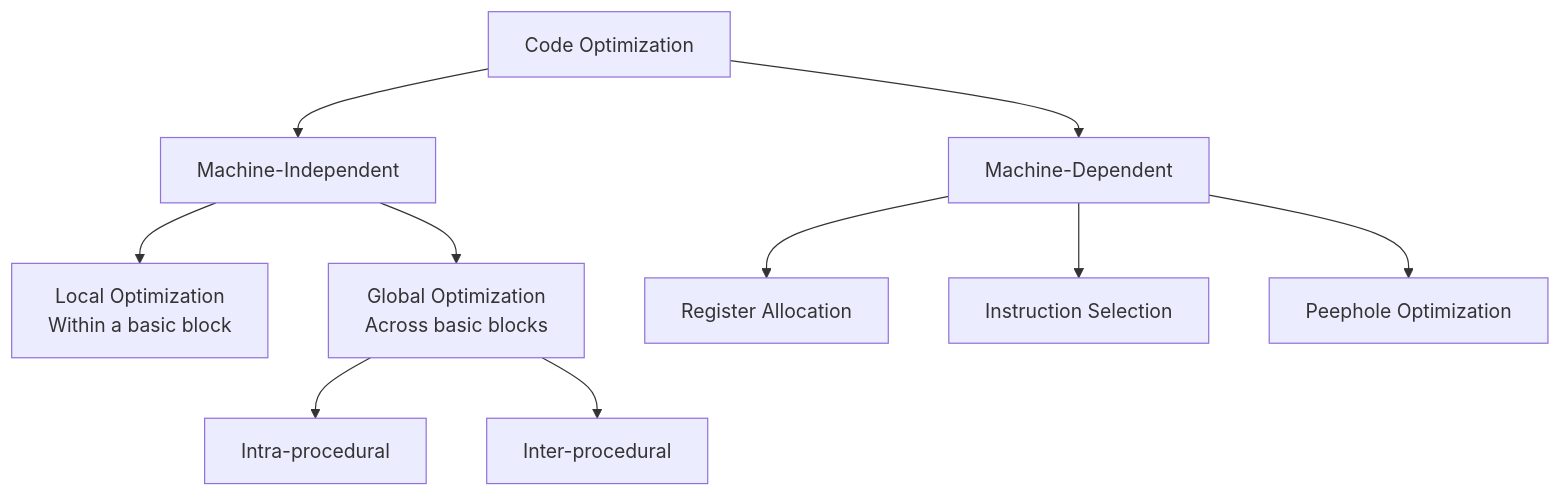
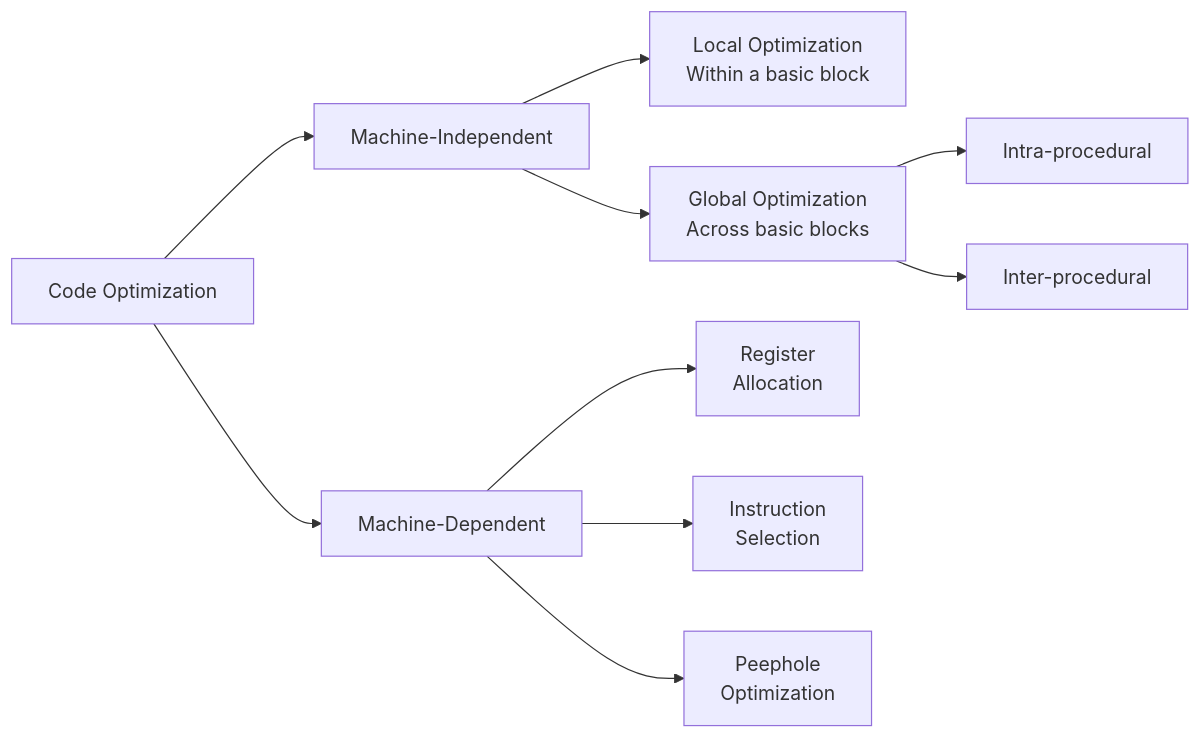
One commit to amitdevx/TY changed the seventh of 9 diagrams in 02-Semester-VI/CS-354-MJ-T-Compiler-Construction/Unit-5.md. Above: the diagram before and after it, drawn with Mermaid. The commit also changed other lines of this file and 65 other files, not shown here.

Commit message:
fix:graph vertical

````diff
--- a/02-Semester-VI/CS-354-MJ-T-Compiler-Construction/Unit-5.md
+++ b/02-Semester-VI/CS-354-MJ-T-Compiler-Construction/Unit-5.md
@@ -409,12 +409,12 @@
 ```mermaid
-graph TD
+graph LR
     A[Code Optimization] --> B[Machine-Independent]
     A --> C[Machine-Dependent]
     B --> D[Local Optimization<br/>Within a basic block]
     B --> E[Global Optimization<br/>Across basic blocks]
     E --> F[Intra-procedural]
     E --> G[Inter-procedural]
-    C --> H[Register Allocation]
-    C --> I[Instruction Selection]
-    C --> J[Peephole Optimization]
+    C --> H[Register<br/>Allocation]
+    C --> I[Instruction<br/>Selection]
+    C --> J[Peephole<br/>Optimization]
 ```
````
